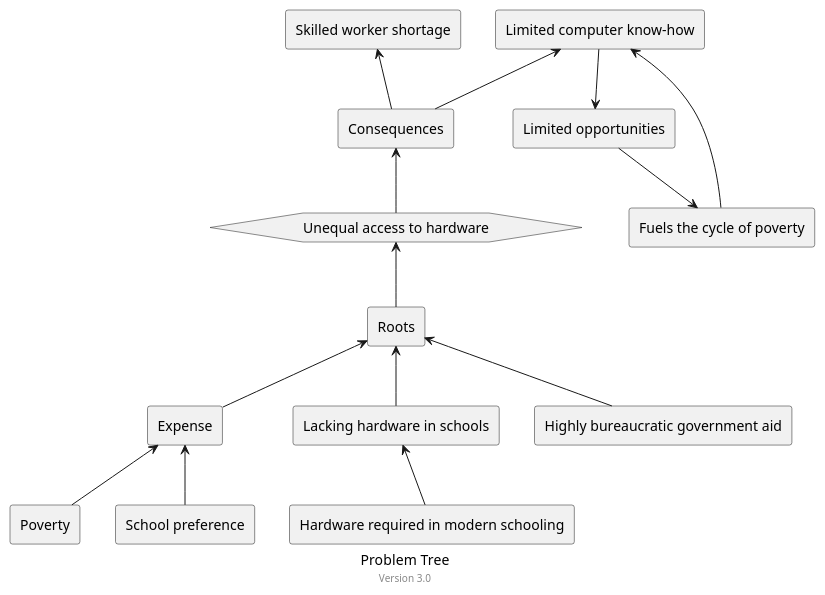
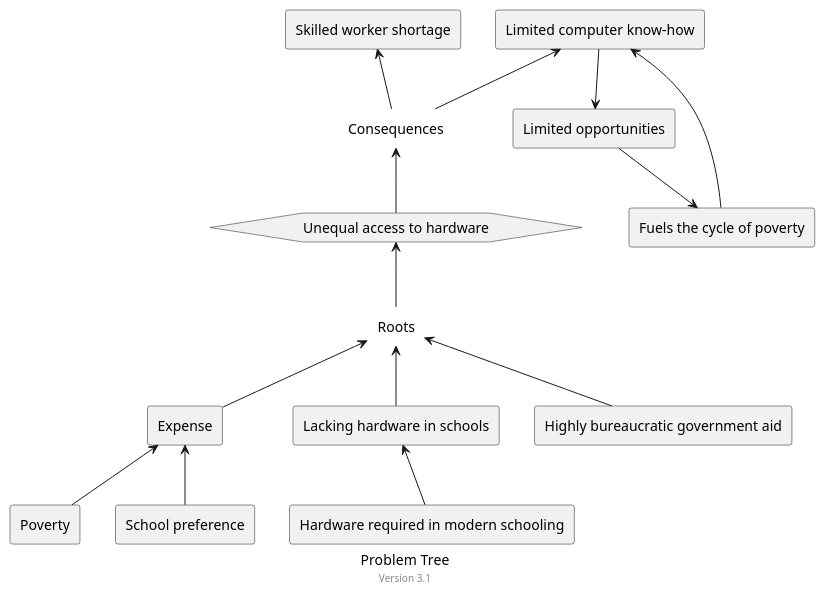
Before and after one commit to kamybagheri1998/hackathon: the diagram in portfolio/problem_tree.puml, drawn with PlantUML. The commit also changed other lines of this file and 1 other file, not shown here.

```diff
--- a/portfolio/problem_tree.puml
+++ b/portfolio/problem_tree.puml
@@ -1,47 +1,47 @@
 @startuml
 
 caption Problem Tree
-center footer Version 3.0
+center footer Version 3.1
 
 hexagon "Unequal access to hardware" as R
 
-rectangle "Consequences" as CO
+label "Consequences" as CO
 rectangle "Skilled worker shortage"\
 as CO1
 rectangle "Limited computer know-how"\
 as CO2
 rectangle "Limited opportunities"\
 as CO3
 rectangle "Fuels the cycle of poverty"\
 as CO4
 
-rectangle "Roots" as CA
+label "Roots" as CA
 rectangle "Expense"\
 as CA1
 rectangle "Poverty"\
 as CA2
 rectangle "School preference"\
 as CA3
 rectangle "Lacking hardware in schools"\
 as CA4
 rectangle "Highly bureaucratic government aid"\
 as CA5
 rectangle "Hardware required in modern schooling"\
 as CA6
 
 R -u-> CO
 CO -u-> CO1
 CO -u-> CO2
 CO2 --> CO3
 CO3 --> CO4
 CO4 --> CO2
 
 R <-- CA
 CA <-- CA1
 CA1 <-- CA2
 CA1 <-- CA3
 CA <-- CA4
 CA <-- CA5
 CA4 <-- CA6
 
 @enduml
```
